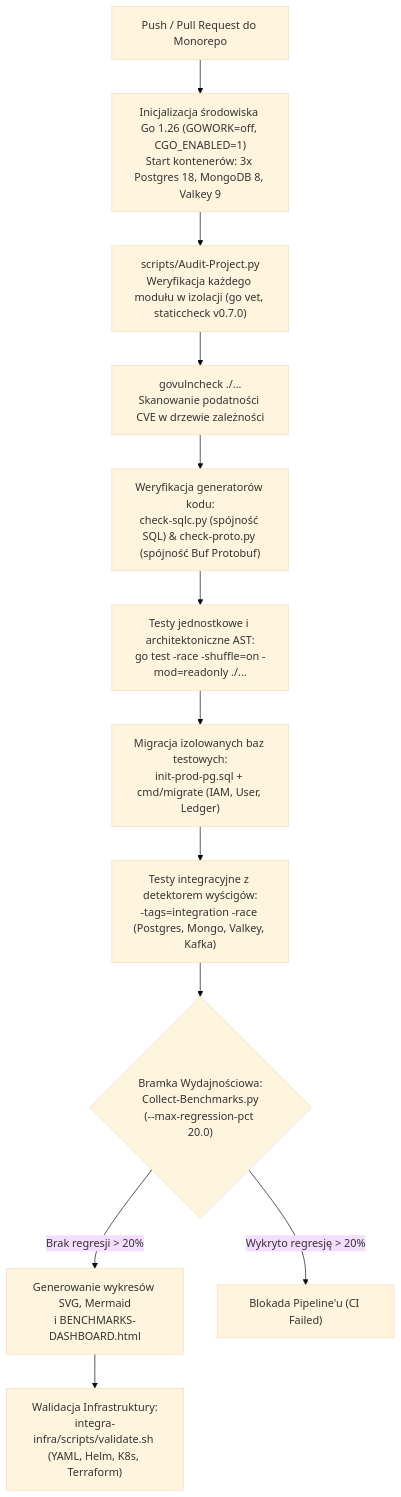
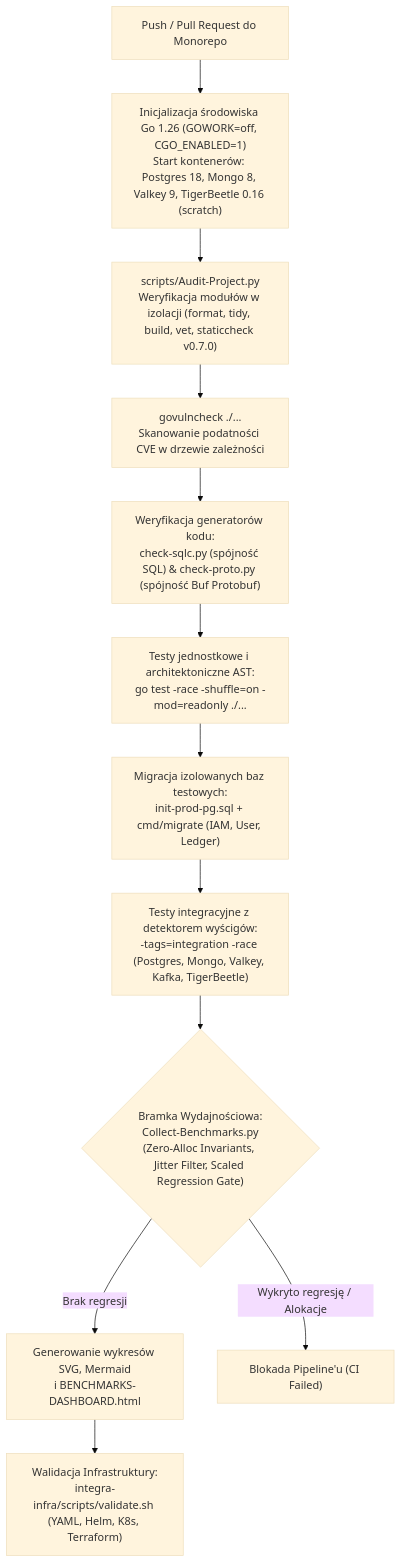
Before and after one commit to mateusz-kacpura/integra-core: the diagram in docs/04-key-system-workflows/4.4-cicd-quality-pipeline.pl.md, drawn with Mermaid (base theme). The commit also changed 27 other files, not shown here.

Commit message:
docs(core): update architecture and technical documentation with TigerBeetle ledger and performance optimizations

````diff
--- a/docs/04-key-system-workflows/4.4-cicd-quality-pipeline.pl.md
+++ b/docs/04-key-system-workflows/4.4-cicd-quality-pipeline.pl.md
@@ -9,15 +9,14 @@
 ```mermaid
 flowchart TD
-    Push["Push / Pull Request do Monorepo"] --> Setup["Inicjalizacja środowiska Go 1.26 (GOWORK=off, CGO_ENABLED=1)<br/>Start kontenerów: 3x Postgres 18, MongoDB 8, Valkey 9"]
-    Setup --> Audit["scripts/Audit-Project.py<br/>Weryfikacja każdego modułu w izolacji (go vet, staticcheck v0.7.0)"]
+    Push["Push / Pull Request do Monorepo"] --> Setup["Inicjalizacja środowiska Go 1.26 (GOWORK=off, CGO_ENABLED=1)<br/>Start kontenerów: Postgres 18, Mongo 8, Valkey 9, TigerBeetle 0.16 (scratch)"]
+    Setup --> Audit["scripts/Audit-Project.py<br/>Weryfikacja modułów w izolacji (format, tidy, build, vet, staticcheck v0.7.0)"]
     Audit --> Vuln["govulncheck ./...<br/>Skanowanie podatności CVE w drzewie zależności"]
     Vuln --> Codegen["Weryfikacja generatorów kodu:<br/>check-sqlc.py (spójność SQL) & check-proto.py (spójność Buf Protobuf)"]
     Codegen --> UnitTests["Testy jednostkowe i architektoniczne AST:<br/>go test -race -shuffle=on -mod=readonly ./..."]
     UnitTests --> Migrate["Migracja izolowanych baz testowych:<br/>init-prod-pg.sql + cmd/migrate (IAM, User, Ledger)"]
-    Migrate --> IntTests["Testy integracyjne z detektorem wyścigów:<br/>-tags=integration -race (Postgres, Mongo, Valkey, Kafka)"]
-    IntTests --> BenchGate{"Bramka Wydajnościowa:<br/>Collect-Benchmarks.py<br/>(--max-regression-pct 20.0)"}
-    BenchGate -- "Brak regresji > 20%" --> DashGen["Generowanie wykresów SVG, Mermaid<br/>i BENCHMARKS-DASHBOARD.html"]
-    BenchGate -- "Wykryto regresję > 20%" --> Fail["Blokada Pipeline'u (CI Failed)"]
+    Migrate --> IntTests["Testy integracyjne z detektorem wyścigów:<br/>-tags=integration -race (Postgres, Mongo, Valkey, Kafka, TigerBeetle)"]
+    IntTests --> BenchGate{"Bramka Wydajnościowa:<br/>Collect-Benchmarks.py<br/>(Zero-Alloc Invariants, Jitter Filter, Scaled Regression Gate)"}
+    BenchGate -- "Brak regresji" --> DashGen["Generowanie wykresów SVG, Mermaid<br/>i BENCHMARKS-DASHBOARD.html"]
+    BenchGate -- "Wykryto regresję / Alokacje" --> Fail["Blokada Pipeline'u (CI Failed)"]
     DashGen --> InfraVal["Walidacja Infrastruktury:<br/>integra-infra/scripts/validate.sh (YAML, Helm, K8s, Terraform)"]
-
 ```
````
